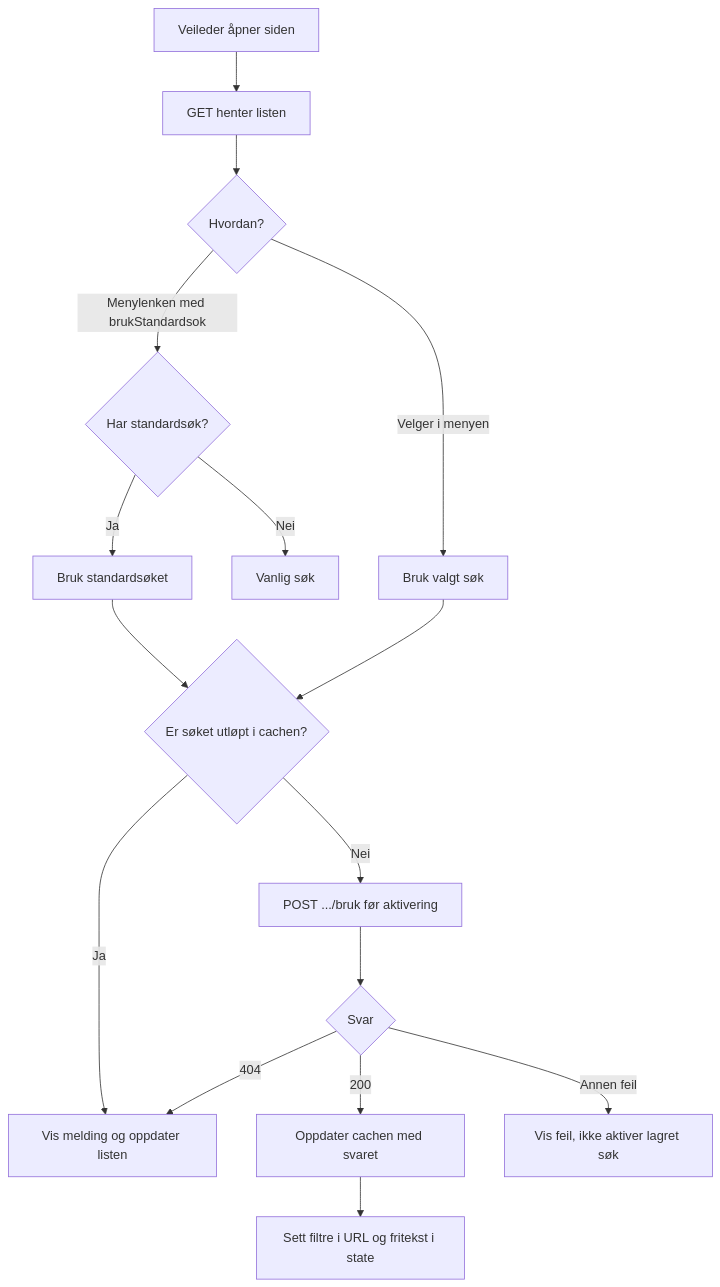
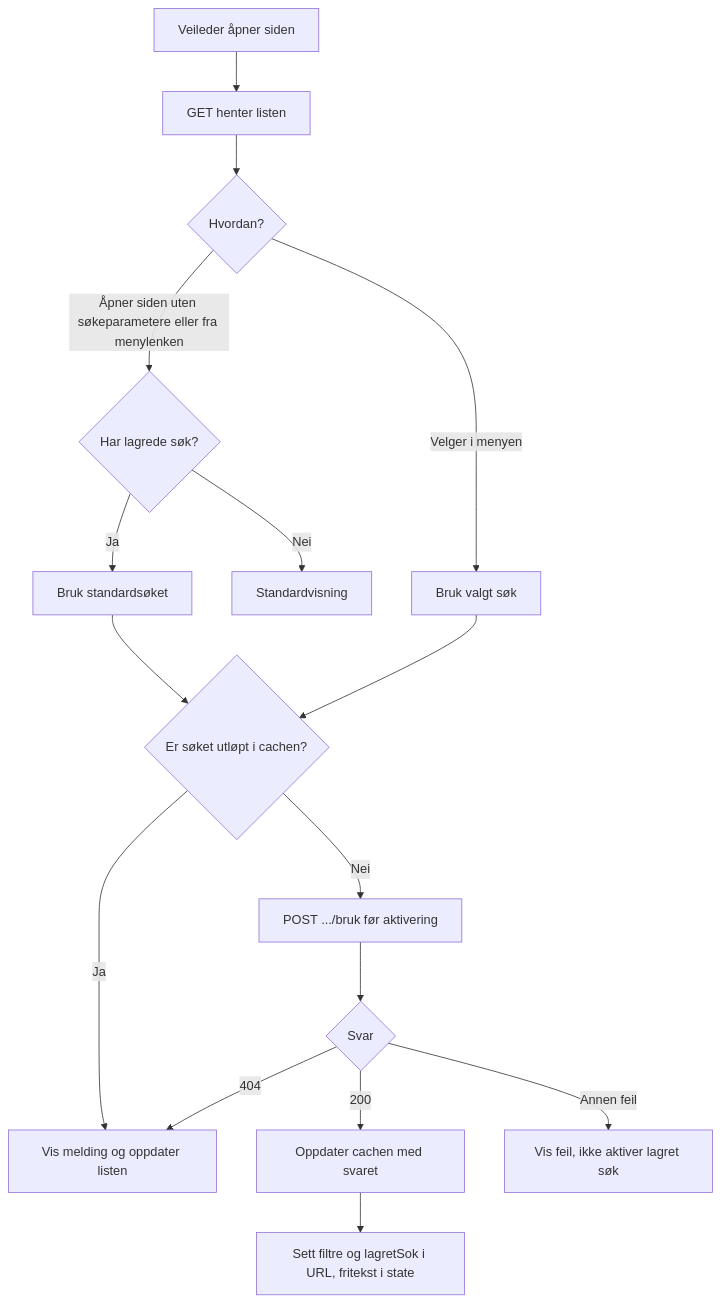
One commit to navikt/rekrutteringstreff-backend changed the fourth of 5 diagrams in docs/9-planer/standardsok.md. Above: the diagram before and after it, drawn with Mermaid. The commit also changed other lines of this file and 1 other file, not shown here.

````diff
--- a/docs/9-planer/standardsok.md
+++ b/docs/9-planer/standardsok.md
@@ -396,18 +416,18 @@
 ```mermaid
 flowchart TD
     A[Veileder åpner siden] --> B[GET henter listen]
     B --> C{Hvordan?}
-    C -->|Menylenken med brukStandardsok| D{Har standardsøk?}
+    C -->|Åpner siden uten søkeparametere eller fra menylenken| D{Har lagrede søk?}
     D -->|Ja| E[Bruk standardsøket]
-    D -->|Nei| F[Vanlig søk]
+    D -->|Nei| F[Standardvisning]
     C -->|Velger i menyen| G[Bruk valgt søk]
     E --> H{Er søket utløpt i cachen?}
     G --> H
     H -->|Ja| X[Vis melding og oppdater listen]
     H -->|Nei| J[POST .../bruk før aktivering]
     J --> L{Svar}
     L -->|200| M[Oppdater cachen med svaret]
     L -->|404| X
     L -->|Annen feil| Y[Vis feil, ikke aktiver lagret søk]
-    M --> N[Sett filtre i URL og fritekst i state]
+    M --> N[Sett filtre og lagretSok i URL, fritekst i state]
 ```
````
